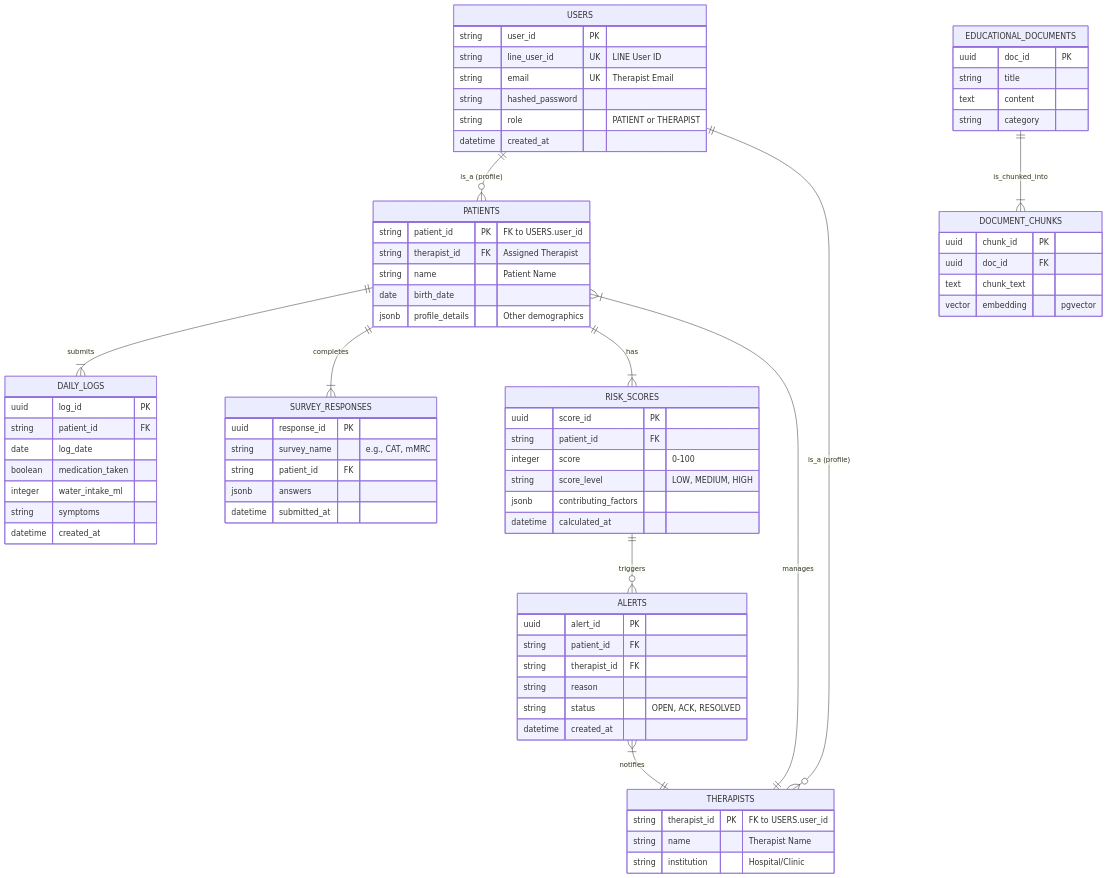
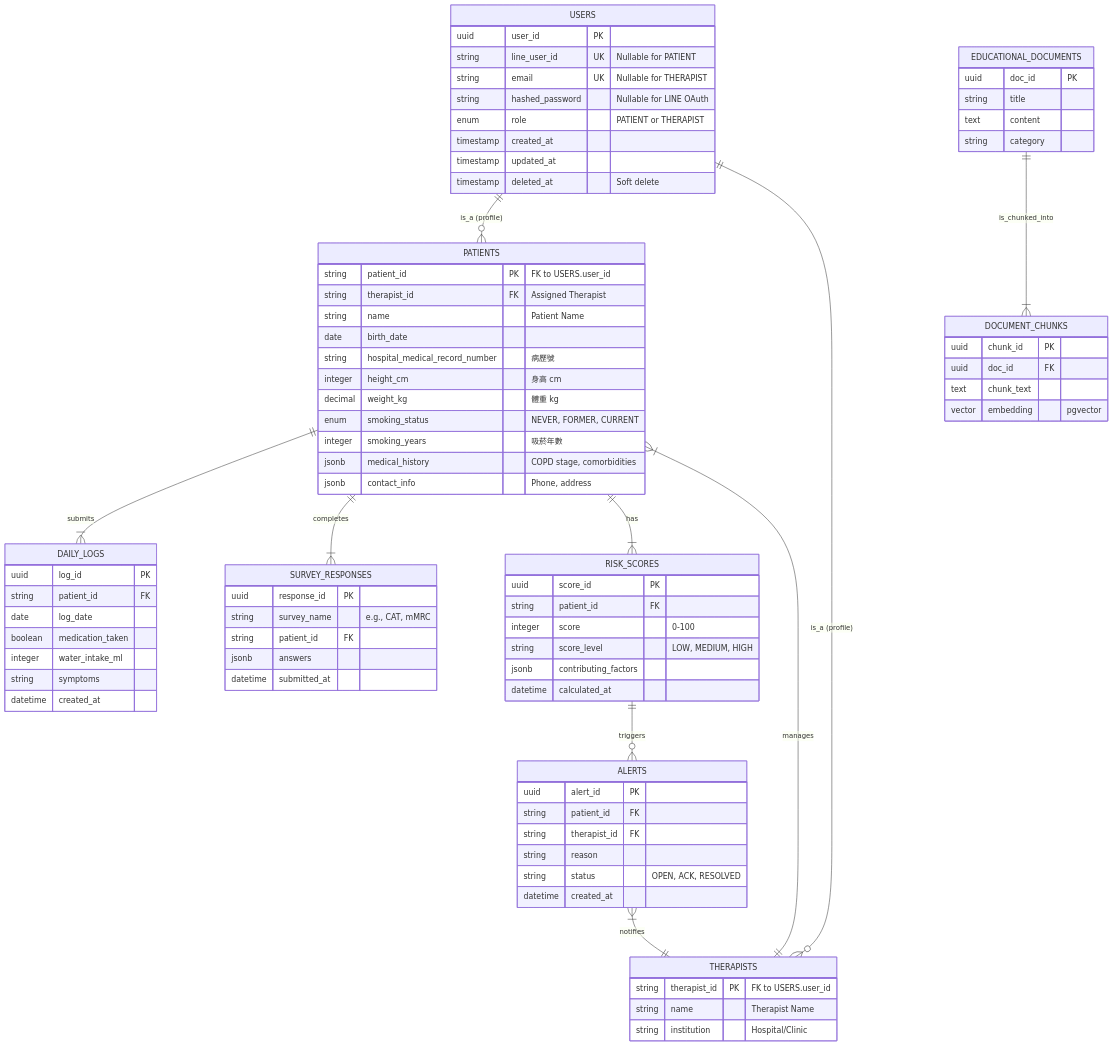
Before and after one commit to kuku-rar/RespiraAlly_v2: the fifth of 10 diagrams in docs/05_architecture_and_design.md, drawn with Mermaid. The commit also changed other lines of this file and 4 other files, not shown here.

First line of the commit message:
docs(frontend): add comprehensive frontend architecture specifications

````diff
--- a/docs/05_architecture_and_design.md
+++ b/docs/05_architecture_and_design.md
@@ -274,12 +293,14 @@
 ```mermaid
 erDiagram
     USERS {
-        string user_id PK
-        string line_user_id UK "LINE User ID"
-        string email UK "Therapist Email"
-        string hashed_password
-        string role "PATIENT or THERAPIST"
-        datetime created_at
+        uuid user_id PK
+        string line_user_id UK "Nullable for PATIENT"
+        string email UK "Nullable for THERAPIST"
+        string hashed_password "Nullable for LINE OAuth"
+        enum role "PATIENT or THERAPIST"
+        timestamp created_at
+        timestamp updated_at
+        timestamp deleted_at "Soft delete"
     }
 
     PATIENTS {
@@ -287,7 +308,13 @@
         string therapist_id FK "Assigned Therapist"
         string name "Patient Name"
         date birth_date
-        jsonb profile_details "Other demographics"
+        string hospital_medical_record_number "病歷號"
+        integer height_cm "身高 cm"
+        decimal weight_kg "體重 kg"
+        enum smoking_status "NEVER, FORMER, CURRENT"
+        integer smoking_years "吸菸年數"
+        jsonb medical_history "COPD stage, comorbidities"
+        jsonb contact_info "Phone, address"
     }
 
     THERAPISTS {
````
